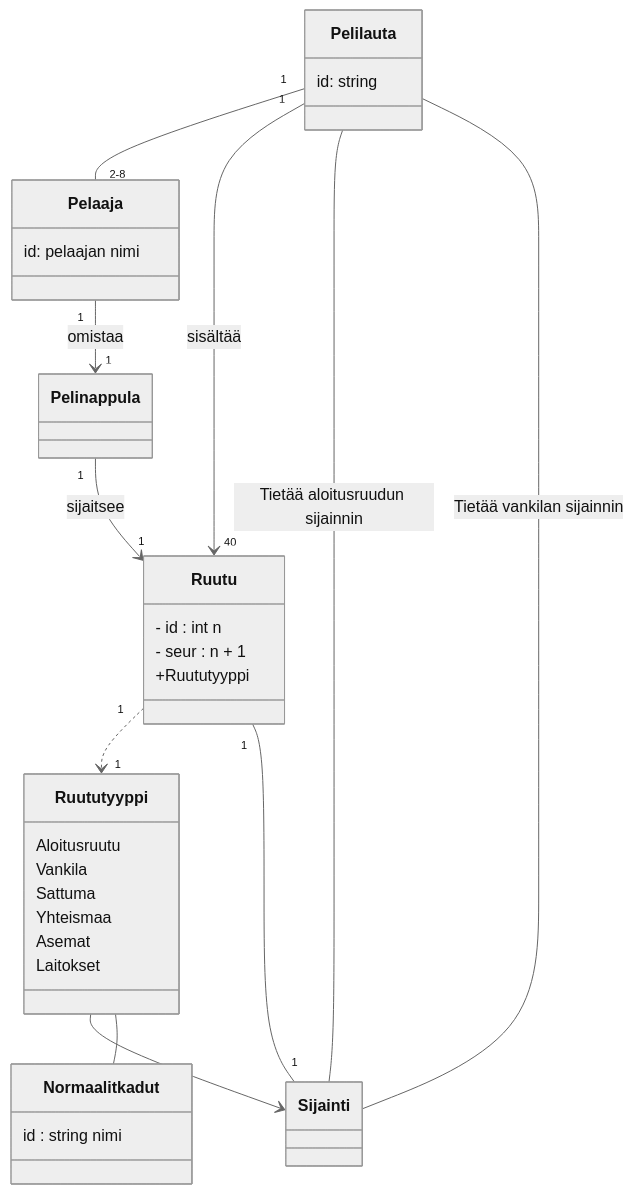
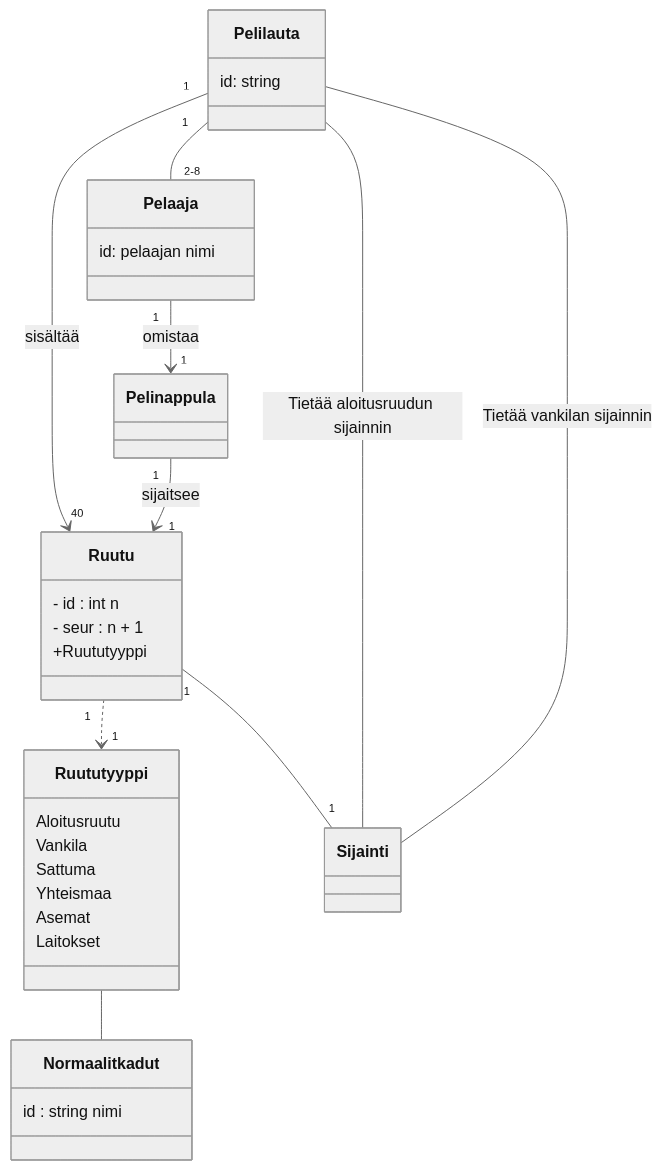
One commit to brotholi/ot-harjoitustyo changed the diagram in laskarit/viikko3/monopoli.md. Above: the diagram before and after it, drawn with Mermaid (neutral theme).

````diff
--- a/laskarit/viikko3/monopoli.md
+++ b/laskarit/viikko3/monopoli.md
@@ -1,61 +1,58 @@
 ```mermaid
  classDiagram
     
     
     class Pelaaja {
         id: pelaajan nimi
     }
 
     class Pelilauta {
      id: string   
     }
     
     
     class Ruutu {
     - id : int n
     - seur : n + 1
      +Ruututyyppi 
     
     }
     
     class Ruututyyppi {
      Aloitusruutu
      Vankila
      Sattuma
      Yhteismaa
      Asemat
      Laitokset
    
     }
     
     
 
     class Normaalit kadut {
     id : string nimi
     }
          
     class Pelinappula {
     }
     
 
     Pelilauta "1" -- "2-8" Pelaaja
 
     Pelaaja "1" --> "1" Pelinappula : omistaa
     Pelilauta "1" --> "40" Ruutu : sisältää
     Pelinappula "1" --> "1" Ruutu : sijaitsee
 
-
-    
-    Ruututyyppi --> Sijainti
     Ruutu "1" ..> "1" Ruututyyppi 
     Ruututyyppi -- Normaalit kadut
     Ruutu "1" -- "1" Sijainti
     
     Pelilauta -- Sijainti : Tietää aloitusruudun sijainnin
     Pelilauta -- Sijainti : Tietää vankilan sijainnin
     
     
 
 
     
 ```
````
